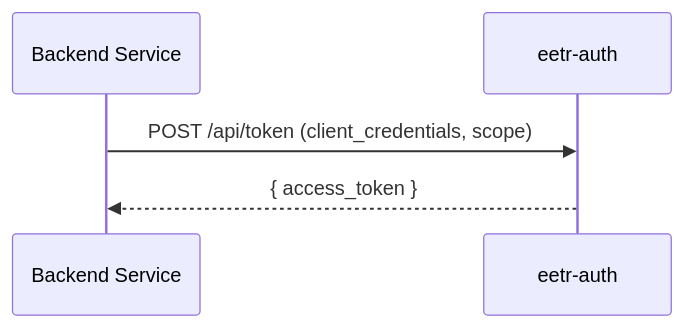
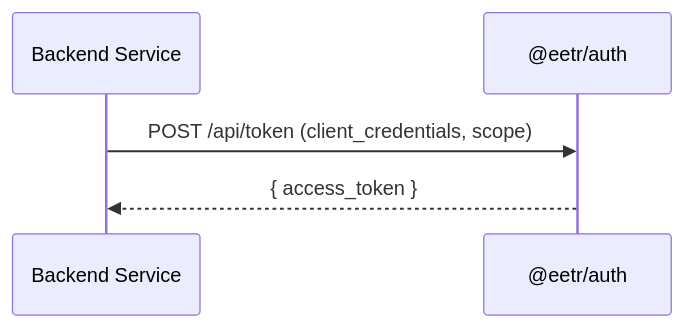
One commit to eetr-ai/eetr-auth changed the third of 3 diagrams in README.md. Above: the diagram before and after it, drawn with Mermaid. The commit also changed other lines of this file and 3 other files, not shown here.

````diff
--- a/README.md
+++ b/README.md
@@ -182,8 +185,8 @@
 ```mermaid
 sequenceDiagram
     participant Svc as Backend Service
-    participant Auth as eetr-auth
+    participant Auth as @eetr/auth
 
     Svc->>Auth: POST /api/token (client_credentials, scope)
     Auth-->>Svc: { access_token }
 ```
````
